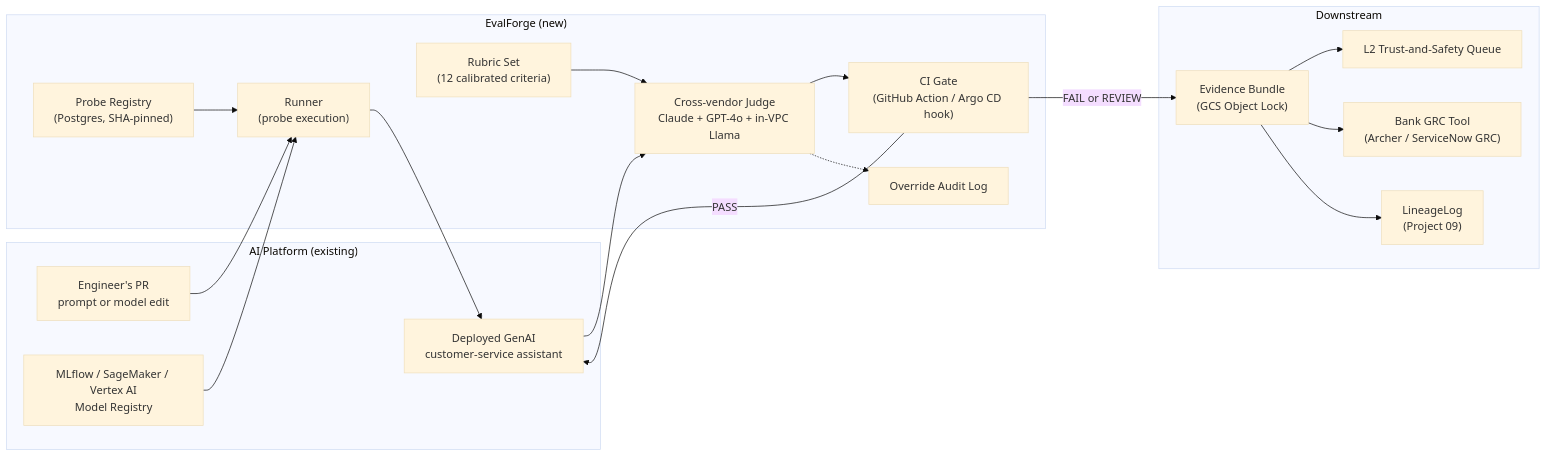
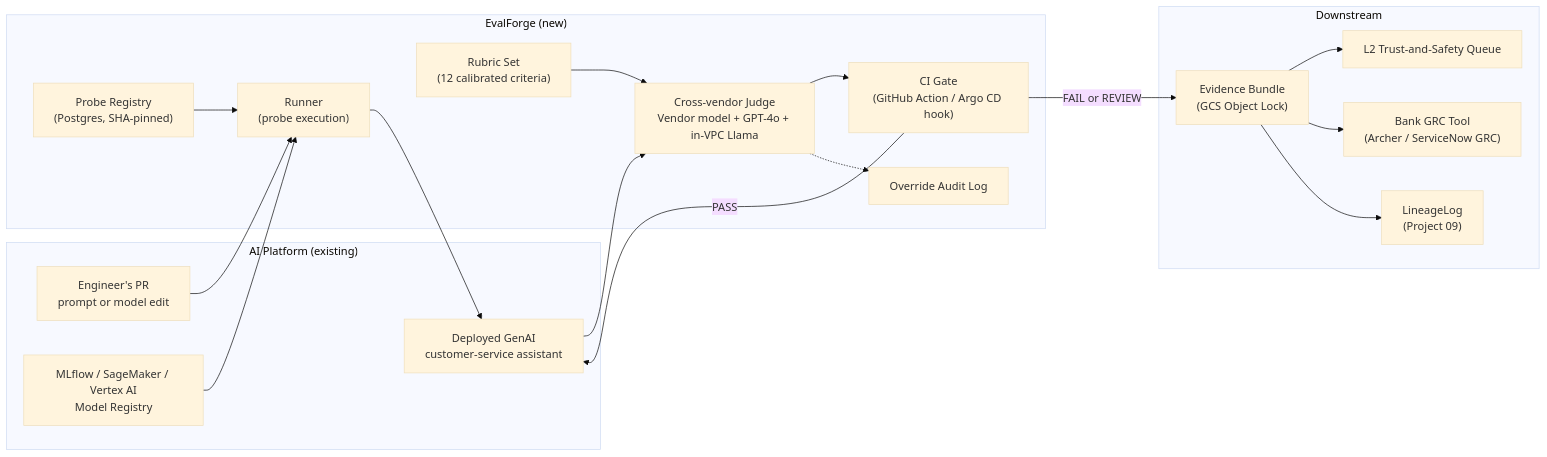
The first of 2 diagrams in 04-evalforge-llm-eval-platform/README.md (Vj-shipped-anyway/ai-pm-portfolio), drawn with Mermaid (base theme) before and after one commit. The commit also changed other lines of this file and 9 other files, not shown here.

````diff
--- a/04-evalforge-llm-eval-platform/README.md
+++ b/04-evalforge-llm-eval-platform/README.md
@@ -297,38 +297,38 @@
 ```mermaid
 flowchart LR
     subgraph SOURCE["AI Platform (existing)"]
         PR["Engineer's PR<br/>prompt or model edit"]
         ASSISTANT["Deployed GenAI<br/>customer-service assistant"]
         REGISTRY["MLflow / SageMaker / Vertex AI<br/>Model Registry"]
     end
 
     subgraph FORGE["EvalForge (new)"]
         REGISTRY_PROBES["Probe Registry<br/>(Postgres, SHA-pinned)"]
         RUBRICS["Rubric Set<br/>(12 calibrated criteria)"]
         RUNNER["Runner<br/>(probe execution)"]
-        JUDGE["Cross-vendor Judge<br/>Claude + GPT-4o + in-VPC Llama"]
+        JUDGE["Cross-vendor Judge<br/>Vendor model + GPT-4o + in-VPC Llama"]
         GATE["CI Gate<br/>(GitHub Action / Argo CD hook)"]
         OVERRIDE["Override Audit Log"]
     end
 
     subgraph DOWNSTREAM["Downstream"]
         BUNDLE["Evidence Bundle<br/>(GCS Object Lock)"]
         L2["L2 Trust-and-Safety Queue"]
         GRC["Bank GRC Tool<br/>(Archer / ServiceNow GRC)"]
         LINEAGE["LineageLog<br/>(Project 09)"]
     end
 
     PR --> RUNNER
     REGISTRY --> RUNNER
     REGISTRY_PROBES --> RUNNER
     RUNNER --> ASSISTANT
     ASSISTANT --> JUDGE
     RUBRICS --> JUDGE
     JUDGE --> GATE
     JUDGE -.-> OVERRIDE
     GATE -->|FAIL or REVIEW| BUNDLE
     BUNDLE --> L2
     BUNDLE --> GRC
     BUNDLE --> LINEAGE
     GATE -->|PASS| ASSISTANT
 ```
````
